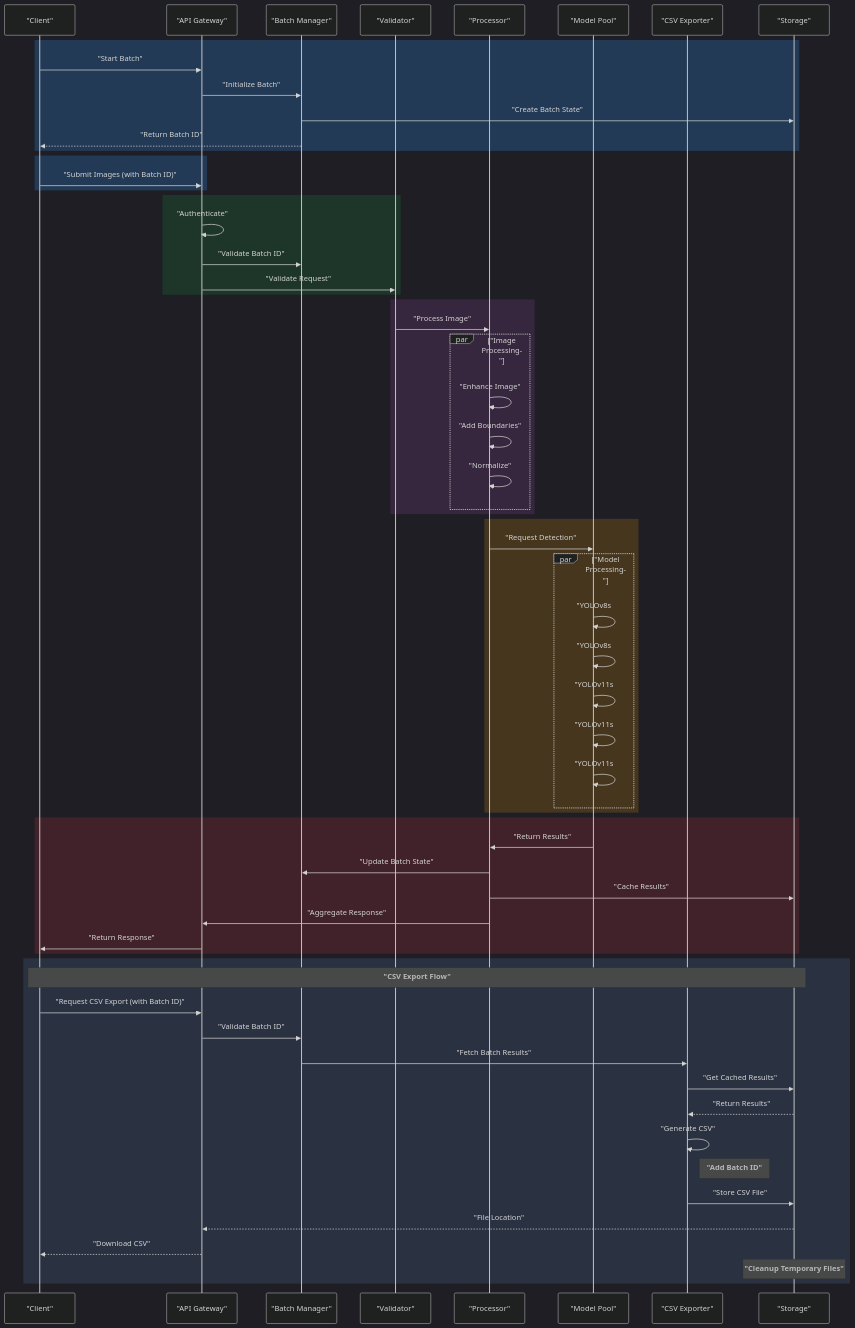
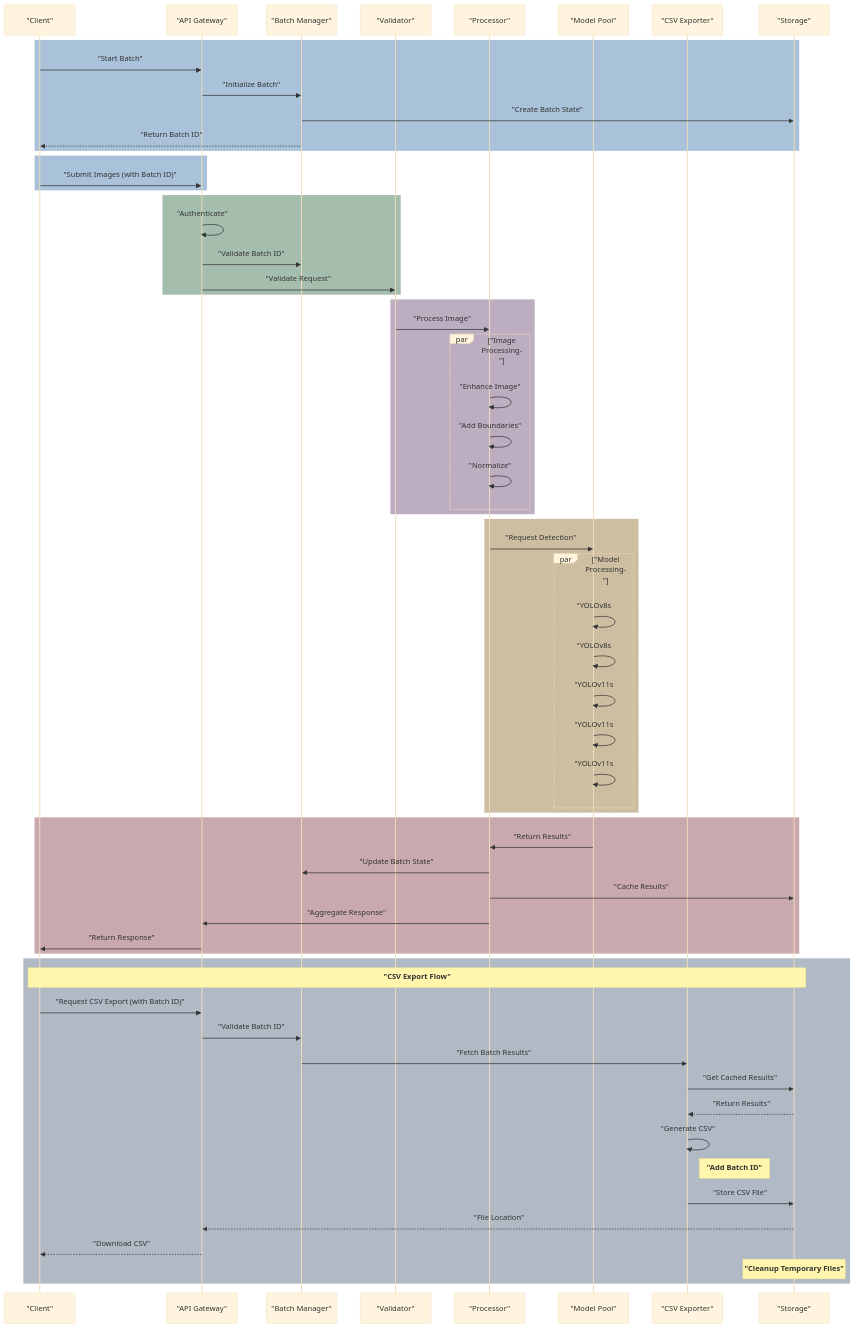
One commit to Dhruv0306/SymphonyProject1 changed the diagram in docs/images/Detailed Processing Pipeline.mmd. Above: the diagram before and after it, drawn with Mermaid. The commit also changed 38 other files, not shown here.

```diff
--- a/docs/images/Detailed Processing Pipeline.mmd
+++ b/docs/images/Detailed Processing Pipeline.mmd
@@ -1,72 +1,72 @@
-%%{init: {'theme': 'dark', 'themeVariables': { 'fontFamily': 'arial', 'fontSize': '18px', 'fontWeight': 'bold', 'messageFontWeight': 'bold', 'noteFontWeight': 'bold'}}}%%
+%%{init: {'theme': 'base', 'themeVariables': { 'fontFamily': 'arial', 'fontSize': '18px', 'fontWeight': 'bold', 'messageFontWeight': 'bold', 'noteFontWeight': 'bold'}}}%%
 sequenceDiagram
     participant C as "Client"
     participant A as "API Gateway"
     participant B as "Batch Manager"
     participant V as "Validator"
     participant P as "Processor"
     participant M as "Model Pool"
     participant E as "CSV Exporter"
     participant S as "Storage"
 
     rect rgba(40, 100, 160, 0.4)
         C->>A: "Start Batch"
         A->>B: "Initialize Batch"
         B->>S: "Create Batch State"
         B-->>C: "Return Batch ID"
     end
 
     rect rgba(40, 100, 160, 0.4)
         C->>A: "Submit Images (with Batch ID)"
     end
     
     rect rgba(30, 90, 50, 0.4)
         A->>A: "Authenticate"
         A->>B: "Validate Batch ID"
         A->>V: "Validate Request"
     end
     
     rect rgba(90, 50, 100, 0.4)
         V->>P: "Process Image"
         
         par "Image Processing"
             P->>P: "Enhance Image"
             P->>P: "Add Boundaries"
             P->>P: "Normalize"
         end
     end
     
     rect rgba(130, 90, 20, 0.4) 
         P->>M: "Request Detection"
         
         par "Model Processing"
             M->>M: "YOLOv8s #1"
             M->>M: "YOLOv8s #2"
             M->>M: "YOLOv11s #1"
             M->>M: "YOLOv11s #2"
             M->>M: "YOLOv11s #3"
         end
     end
     
     rect rgba(120, 40, 50, 0.4)
         M->>P: "Return Results"
         P->>B: "Update Batch State"
         P->>S: "Cache Results"
         P->>A: "Aggregate Response"
         A->>C: "Return Response"
     end
 
     rect rgba(60, 80, 110, 0.4)
         Note over C,S: "CSV Export Flow"
         C->>A: "Request CSV Export (with Batch ID)"
         A->>B: "Validate Batch ID"
         B->>E: "Fetch Batch Results"
         E->>S: "Get Cached Results"
         S-->>E: "Return Results"
         E->>E: "Generate CSV"
         Note right of E: "Add Batch ID"
         E->>S: "Store CSV File"
         S-->>A: "File Location"
         A-->>C: "Download CSV"
         Note over S: "Cleanup Temporary Files"
     end
```
